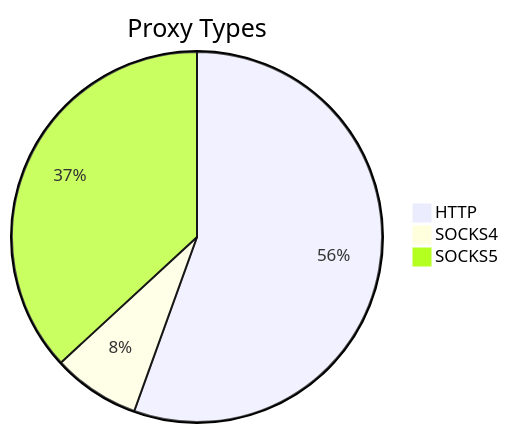
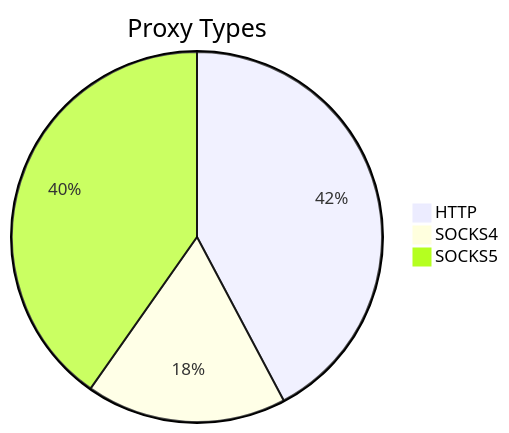
One commit to stormsia/proxy-list changed the first of 2 diagrams in README.md. Above: the diagram before and after it, drawn with Mermaid. The commit also changed other lines of this file, not shown here.

````diff
--- a/README.md
+++ b/README.md
@@ -21,6 +21,6 @@
 ```mermaid
 pie title Proxy Types
-    "HTTP" : 131
-    "SOCKS4" : 18
-    "SOCKS5" : 87
+    "HTTP" : 234
+    "SOCKS4" : 97
+    "SOCKS5" : 223
 ```
````
